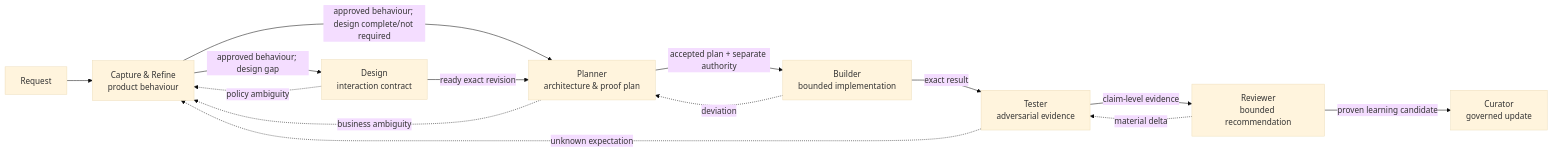
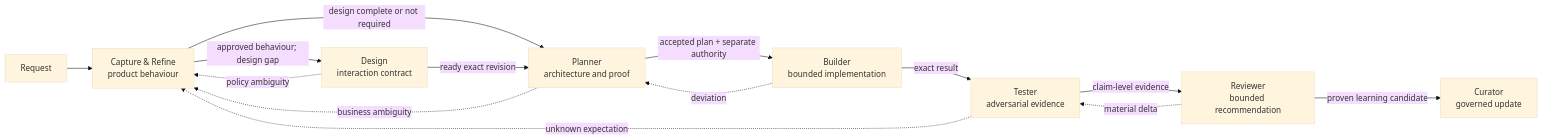
The diagram in README.md (CW-Codewalnut/agentic-delivery-masterclass), drawn with Mermaid (base theme) before and after one commit. The commit also changed other lines of this file and 35 other files, not shown here.

````diff
--- a/README.md
+++ b/README.md
@@ -9,16 +34,16 @@
 ```mermaid
 flowchart LR
   R[Request] --> C[Capture & Refine<br/>product behaviour]
   C -->|approved behaviour; design gap| D[Design<br/>interaction contract]
-  C -->|approved behaviour; design complete/not required| P[Planner<br/>architecture & proof plan]
+  C -->|design complete or not required| P[Planner<br/>architecture and proof]
   D -->|ready exact revision| P
   P -->|accepted plan + separate authority| B[Builder<br/>bounded implementation]
   B -->|exact result| T[Tester<br/>adversarial evidence]
   T -->|claim-level evidence| V[Reviewer<br/>bounded recommendation]
   V -->|proven learning candidate| U[Curator<br/>governed update]
   D -. policy ambiguity .-> C
   P -. business ambiguity .-> C
   B -. deviation .-> P
   T -. unknown expectation .-> C
   V -. material delta .-> T
 ```
````
